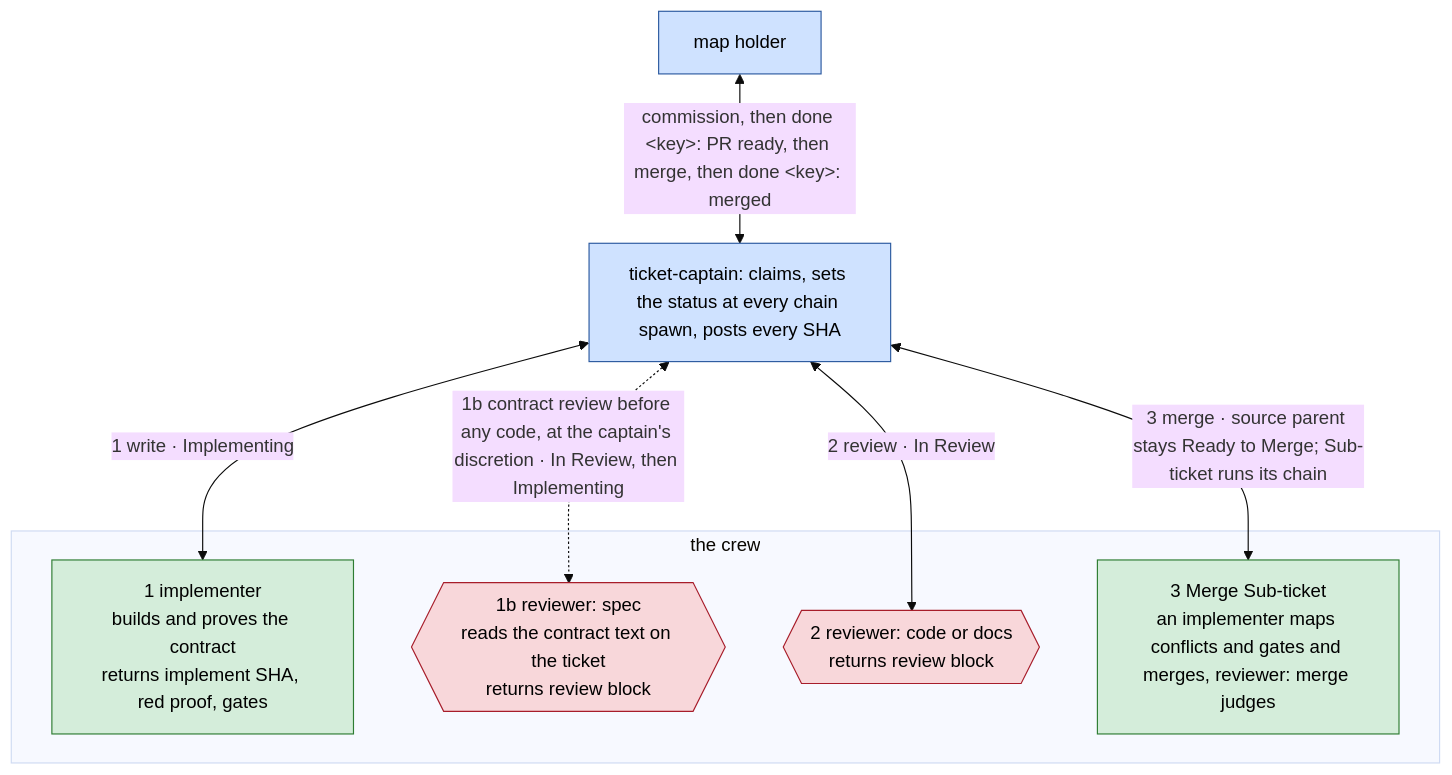
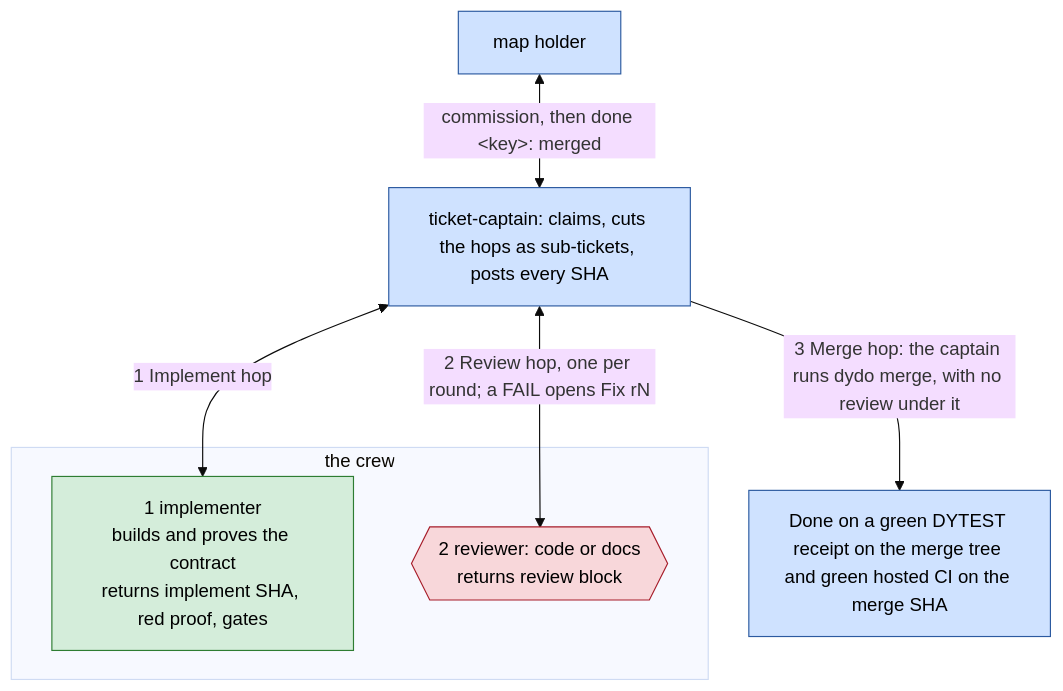
Before and after one commit to BalazsOrg/dydo: the second of 2 diagrams in README.md, drawn with Mermaid (base theme). The commit also changed other lines of this file and 20 other files, not shown here.

Commit message:
DYD-1333 fix: every role spine requires When things go wrong, emphasised skill names are checked, the muster lists thread links and readiness, R9 escalates at once, the obsolete flows reconciled, the tribunal's DR-grade exclusion, proof branches retained (r2 B7 R2-B1 S7 R2-S1 R2-S2 R2-S3 R2-S4)

````diff
--- a/README.md
+++ b/README.md
@@ -112,18 +111,15 @@
 ```mermaid
 flowchart TD
   classDef officer fill:#cfe2ff,stroke:#2c5aa0,color:#000
   classDef crew fill:#d4edda,stroke:#2e7d32,color:#000
   classDef reviewer fill:#f8d7da,stroke:#a71d2a,color:#000
 
-  AD[map holder]:::officer <-->|"commission, then done &lt;key&gt;: PR ready, then merge, then done &lt;key&gt;: merged"| IC[ticket-captain: claims, sets the status at every chain spawn, posts every SHA]:::officer
-  IC <-->|"1 write · Implementing"| CW
-  IC <-.->|"1b contract review before any code, at the captain's discretion · In Review, then Implementing"| RS
-  IC <-->|"2 review · In Review"| RC
-  IC <-->|"3 merge · source parent stays Ready to Merge; Sub-ticket runs its chain"| MG
+  AD[map holder]:::officer <-->|"commission, then done &lt;key&gt;: merged"| IC[ticket-captain: claims, cuts the hops as sub-tickets, posts every SHA]:::officer
+  IC <-->|"1 Implement hop"| CW
+  IC <-->|"2 Review hop, one per round; a FAIL opens Fix rN"| RC
+  IC -->|"3 Merge hop: the captain runs dydo merge, with no review under it"| MG[Done on a green DYTEST receipt on the merge tree and green hosted CI on the merge SHA]:::officer
   subgraph CREW [the crew]
     CW[1 implementer<br>builds and proves the contract<br>returns implement SHA, red proof, gates]:::crew
-    RS{{1b reviewer: spec<br>reads the contract text on the ticket<br>returns review block}}:::reviewer
     RC{{2 reviewer: code or docs<br>returns review block}}:::reviewer
-    MG[3 Merge Sub-ticket<br>an implementer maps conflicts and gates and merges, reviewer: merge judges]:::crew
   end
 ```
````
